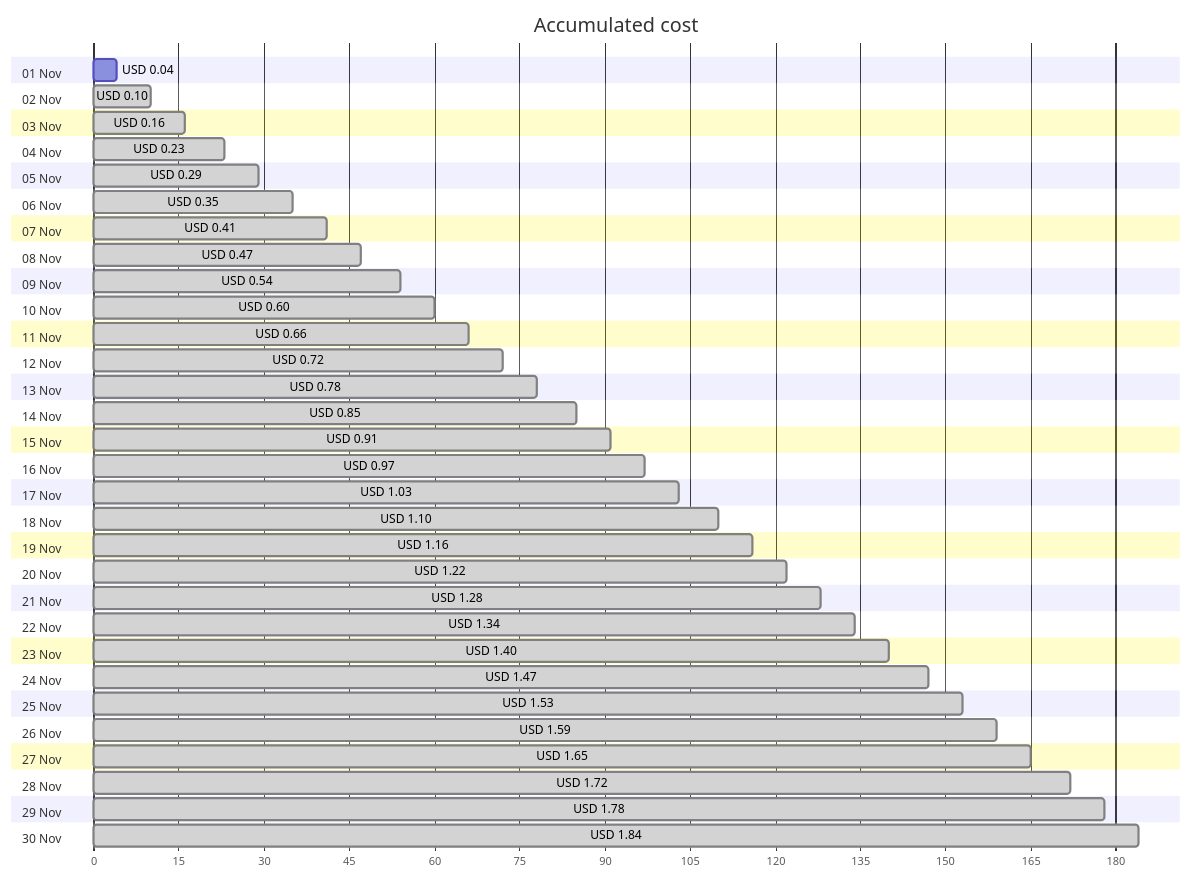
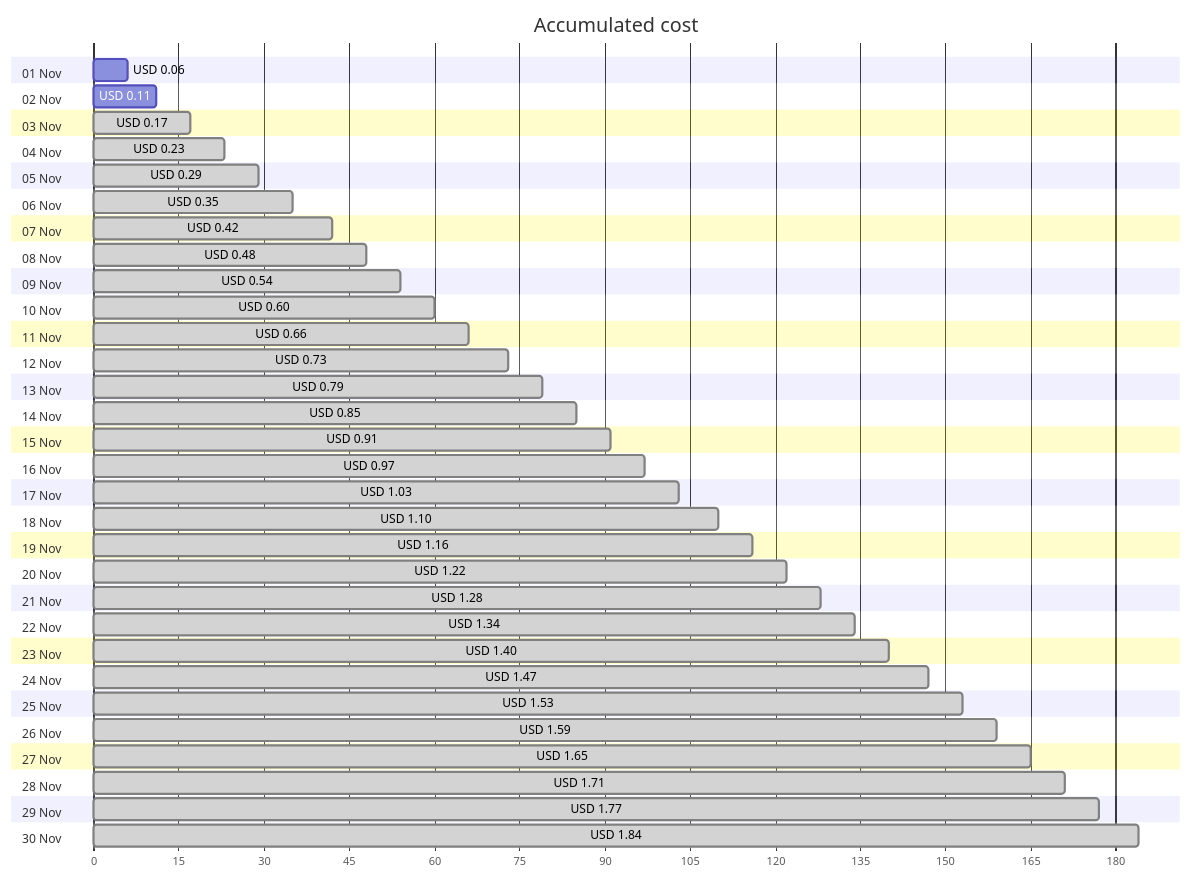
The first of 4 diagrams in cost-reports/personal-network/backup-server_OsDisk.md (jpfulton/azure-personal-reports), drawn with Mermaid before and after one commit. The commit also changed other lines of this file and 8 other files, not shown here.

````diff
--- a/cost-reports/personal-network/backup-server_OsDisk.md
+++ b/cost-reports/personal-network/backup-server_OsDisk.md
@@ -20,66 +20,66 @@
 ```mermaid
 gantt
    title Accumulated cost
    dateFormat  X
    axisFormat %s
    section 01 Nov
-   USD 0.04 :0, 4
+   USD 0.06 :0, 6
    section 02 Nov
-   USD 0.10 : done, 0, 10
+   USD 0.11 :0, 11
    section 03 Nov
-   USD 0.16 : done, 0, 16
+   USD 0.17 : done, 0, 17
    section 04 Nov
    USD 0.23 : done, 0, 23
    section 05 Nov
    USD 0.29 : done, 0, 29
    section 06 Nov
    USD 0.35 : done, 0, 35
    section 07 Nov
-   USD 0.41 : done, 0, 41
+   USD 0.42 : done, 0, 42
    section 08 Nov
-   USD 0.47 : done, 0, 47
+   USD 0.48 : done, 0, 48
    section 09 Nov
    USD 0.54 : done, 0, 54
    section 10 Nov
    USD 0.60 : done, 0, 60
    section 11 Nov
    USD 0.66 : done, 0, 66
    section 12 Nov
-   USD 0.72 : done, 0, 72
+   USD 0.73 : done, 0, 73
    section 13 Nov
-   USD 0.78 : done, 0, 78
+   USD 0.79 : done, 0, 79
    section 14 Nov
    USD 0.85 : done, 0, 85
    section 15 Nov
    USD 0.91 : done, 0, 91
    section 16 Nov
    USD 0.97 : done, 0, 97
    section 17 Nov
    USD 1.03 : done, 0, 103
    section 18 Nov
    USD 1.10 : done, 0, 110
    section 19 Nov
    USD 1.16 : done, 0, 116
    section 20 Nov
    USD 1.22 : done, 0, 122
    section 21 Nov
    USD 1.28 : done, 0, 128
    section 22 Nov
    USD 1.34 : done, 0, 134
    section 23 Nov
    USD 1.40 : done, 0, 140
    section 24 Nov
    USD 1.47 : done, 0, 147
    section 25 Nov
    USD 1.53 : done, 0, 153
    section 26 Nov
    USD 1.59 : done, 0, 159
    section 27 Nov
    USD 1.65 : done, 0, 165
    section 28 Nov
-   USD 1.72 : done, 0, 172
+   USD 1.71 : done, 0, 171
    section 29 Nov
-   USD 1.78 : done, 0, 178
+   USD 1.77 : done, 0, 177
    section 30 Nov
    USD 1.84 : done, 0, 184
 ```
````
